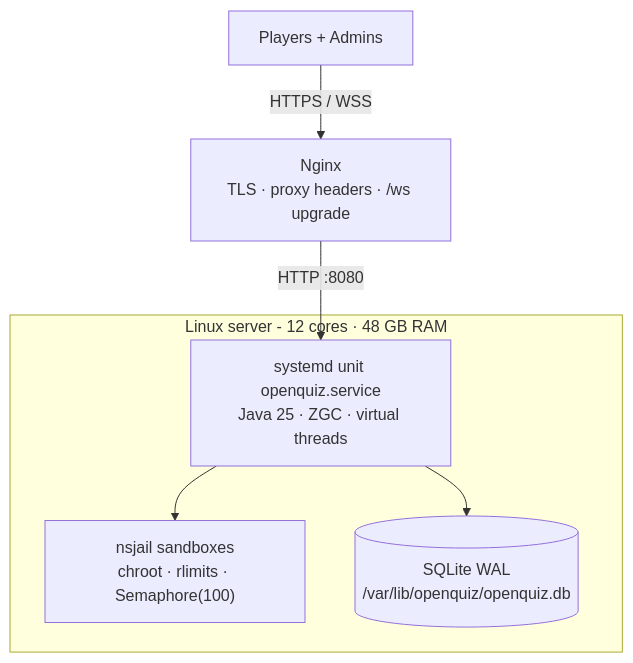
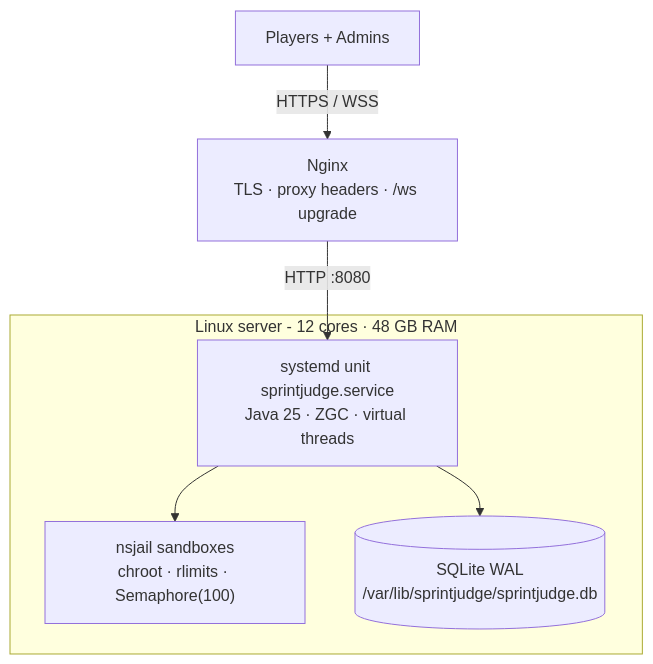
Before and after one commit to richie-rich90454/SprintJudge: the diagram in docs/deployment.md, drawn with Mermaid. The commit also changed other lines of this file, not shown here.

````diff
--- a/docs/deployment.md
+++ b/docs/deployment.md
@@ -5,12 +5,12 @@
 ```mermaid
 flowchart TB
     U["Players + Admins"] -->|"HTTPS / WSS"| NX["Nginx<br/>TLS · proxy headers · /ws upgrade"]
-    NX -->|"HTTP :8080"| APP["systemd unit openquiz.service<br/>Java 25 · ZGC · virtual threads"]
+    NX -->|"HTTP :8080"| APP["systemd unit sprintjudge.service<br/>Java 25 · ZGC · virtual threads"]
     subgraph Host["Linux server - 12 cores · 48 GB RAM"]
         APP
         NJ["nsjail sandboxes<br/>chroot · rlimits · Semaphore(100)"]
-        DB[("SQLite WAL<br/>/var/lib/openquiz/openquiz.db")]
+        DB[("SQLite WAL<br/>/var/lib/sprintjudge/sprintjudge.db")]
     end
     APP --> NJ
     APP --> DB
 ```
````
